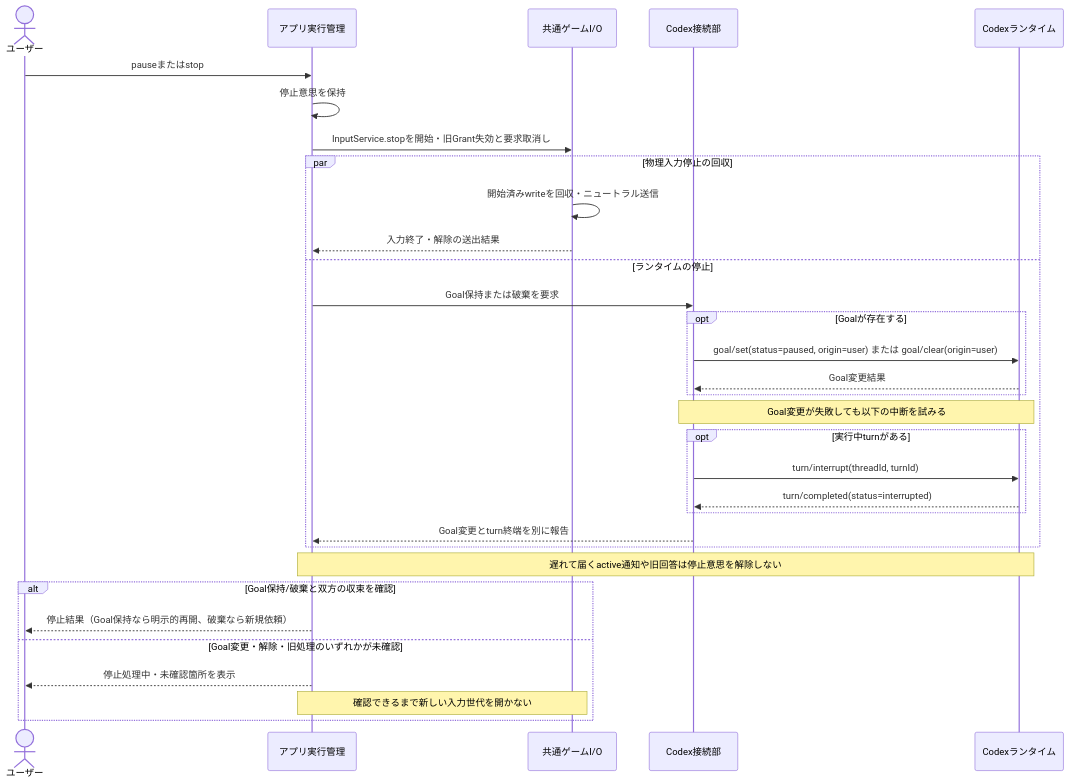
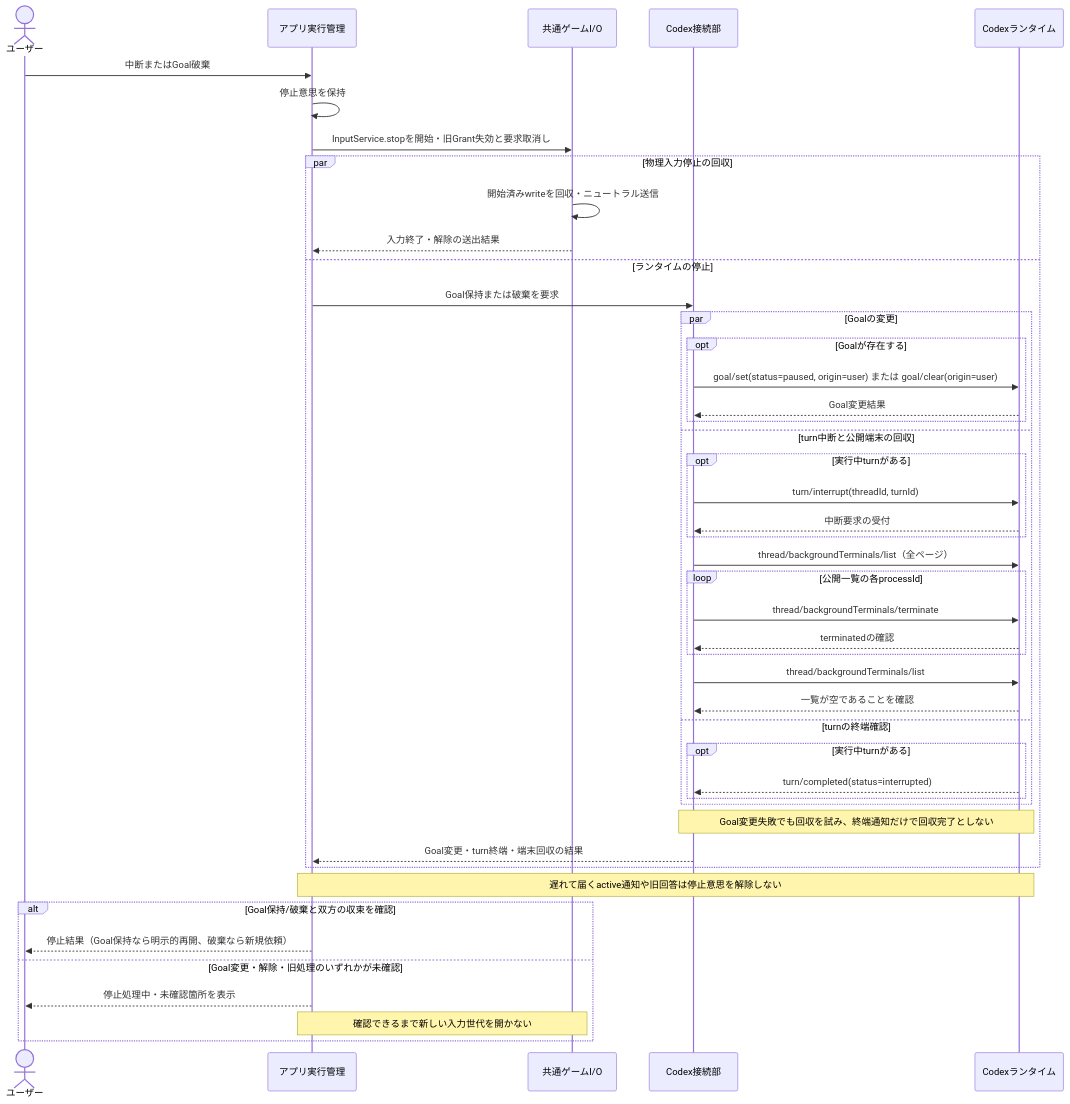
The fifth of 8 diagrams in spec/initial/09-control-flows.md (niart120/Project_Gigas), drawn with Mermaid before and after one commit. The commit also changed other lines of this file and 14 other files, not shown here.

````diff
--- a/spec/initial/09-control-flows.md
+++ b/spec/initial/09-control-flows.md
@@ -215,34 +215,48 @@
 ```mermaid
 sequenceDiagram
     actor U as ユーザー
     participant A as アプリ実行管理
     participant G as 共通ゲームI/O
     participant C as Codex接続部
     participant R as Codexランタイム
-    U->>A: pauseまたはstop
+    U->>A: 中断またはGoal破棄
     A->>A: 停止意思を保持
     A->>G: InputService.stopを開始・旧Grant失効と要求取消し
     par 物理入力停止の回収
         G->>G: 開始済みwriteを回収・ニュートラル送信
         G-->>A: 入力終了・解除の送出結果
     and ランタイムの停止
         A->>C: Goal保持または破棄を要求
-        opt Goalが存在する
-            C->>R: goal/set(status=paused, origin=user) または goal/clear(origin=user)
-            R-->>C: Goal変更結果
+        par Goalの変更
+            opt Goalが存在する
+                C->>R: goal/set(status=paused, origin=user) または goal/clear(origin=user)
+                R-->>C: Goal変更結果
+            end
+        and turn中断と公開端末の回収
+            opt 実行中turnがある
+                C->>R: turn/interrupt(threadId, turnId)
+                R-->>C: 中断要求の受付
+            end
+            C->>R: thread/backgroundTerminals/list（全ページ）
+            loop 公開一覧の各processId
+                C->>R: thread/backgroundTerminals/terminate
+                R-->>C: terminatedの確認
+            end
+            C->>R: thread/backgroundTerminals/list
+            R-->>C: 一覧が空であることを確認
+        and turnの終端確認
+            opt 実行中turnがある
+                R-->>C: turn/completed(status=interrupted)
+            end
         end
-        Note over C,R: Goal変更が失敗しても以下の中断を試みる
-        opt 実行中turnがある
-            C->>R: turn/interrupt(threadId, turnId)
-            R-->>C: turn/completed(status=interrupted)
-        end
-        C-->>A: Goal変更とturn終端を別に報告
+        Note over C,R: Goal変更失敗でも回収を試み、終端通知だけで回収完了としない
+        C-->>A: Goal変更・turn終端・端末回収の結果
     end
     Note over A,R: 遅れて届くactive通知や旧回答は停止意思を解除しない
     alt Goal保持/破棄と双方の収束を確認
         A-->>U: 停止結果（Goal保持なら明示的再開、破棄なら新規依頼）
     else Goal変更・解除・旧処理のいずれかが未確認
         A-->>U: 停止処理中・未確認箇所を表示
         Note over A,G: 確認できるまで新しい入力世代を開かない
     end
 ```
````
